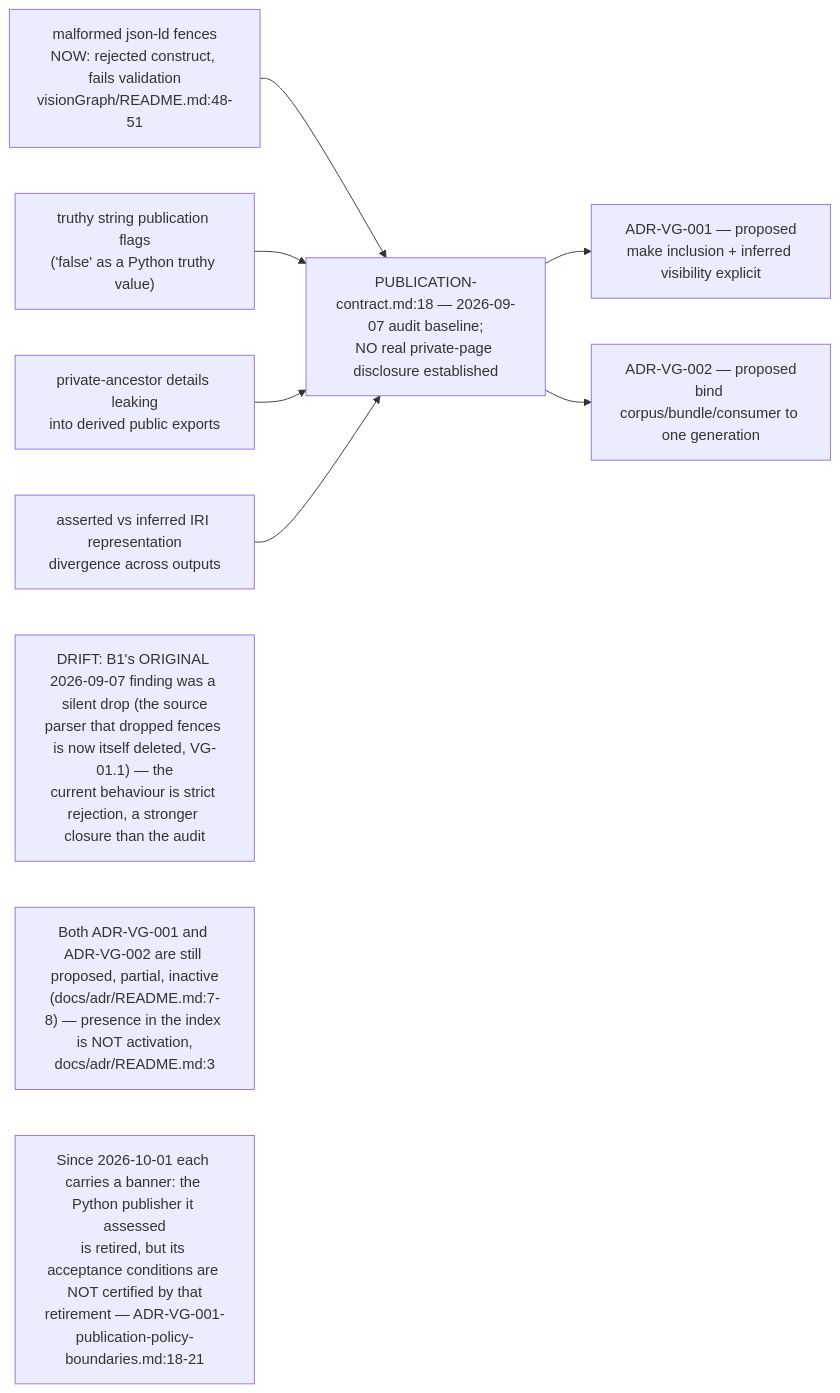
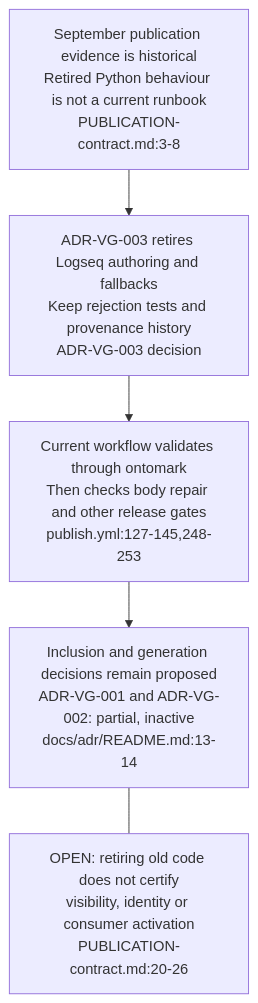
Before and after one commit to DreamLab-AI/VisionFlow: the third of 6 diagrams in docs/diagrams/visiongraph/01-vault-structure-and-contract.md, drawn with Mermaid. The commit also changed other lines of this file and 16 other files, not shown here.

Commit message:
docs: audit visionGraph vault and domain gate contracts

````diff
--- a/docs/diagrams/visiongraph/01-vault-structure-and-contract.md
+++ b/docs/diagrams/visiongraph/01-vault-structure-and-contract.md
@@ -95,13 +76,11 @@
 ```mermaid
-flowchart LR
-    B1["malformed json-ld fences<br/>NOW: rejected construct, fails validation<br/>visionGraph/README.md:48-51"]
-    B2["truthy string publication flags<br/>#40;'false' as a Python truthy value#41;"]
-    B3["private-ancestor details leaking<br/>into derived public exports"]
-    B4["asserted vs inferred IRI representation<br/>divergence across outputs"]
-    B1 & B2 & B3 & B4 --> EVID["PUBLICATION-contract.md:18 — 2026-09-07 audit baseline;<br/>NO real private-page disclosure established"]
-    EVID --> ADR1["ADR-VG-001 — proposed<br/>make inclusion + inferred visibility explicit"]
-    EVID --> ADR2["ADR-VG-002 — proposed<br/>bind corpus/bundle/consumer to one generation"]
-    note1["DRIFT: B1's ORIGINAL 2026-09-07 finding was a silent drop #40;the source<br/>parser that dropped fences is now itself deleted, VG-01.1#41; — the<br/>current behaviour is strict rejection, a stronger closure than the audit"]
-    note2["Both ADR-VG-001 and ADR-VG-002 are still proposed, partial, inactive<br/>#40;docs/adr/README.md:7-8#41; — presence in the index is NOT activation,<br/>docs/adr/README.md:3"]
-    note3["Since 2026-10-01 each carries a banner: the Python publisher it assessed<br/>is retired, but its acceptance conditions are NOT certified by that<br/>retirement — ADR-VG-001-publication-policy-boundaries.md:18-21"]
+flowchart TB
+    HIST["September publication evidence is historical<br/>Retired Python behaviour is not a current runbook<br/>PUBLICATION-contract.md:3-8"]
+    %% Source: ADR-VG-003-obsidian-only-authoring.md:25-33
+    RETIRE["ADR-VG-003 retires Logseq authoring and fallbacks<br/>Keep rejection tests and provenance history<br/>ADR-VG-003 decision"]
+    GATE["Current workflow validates through ontomark<br/>Then checks body repair and other release gates<br/>publish.yml:127-145,248-253"]
+    ACCEPT["Inclusion and generation decisions remain proposed<br/>ADR-VG-001 and ADR-VG-002: partial, inactive<br/>docs/adr/README.md:13-14"]
+    HIST --> RETIRE --> GATE --> ACCEPT
+    LIMIT["OPEN: retiring old code does not certify<br/>visibility, identity or consumer activation<br/>PUBLICATION-contract.md:20-26"]
+    ACCEPT --- LIMIT
 ```
````
